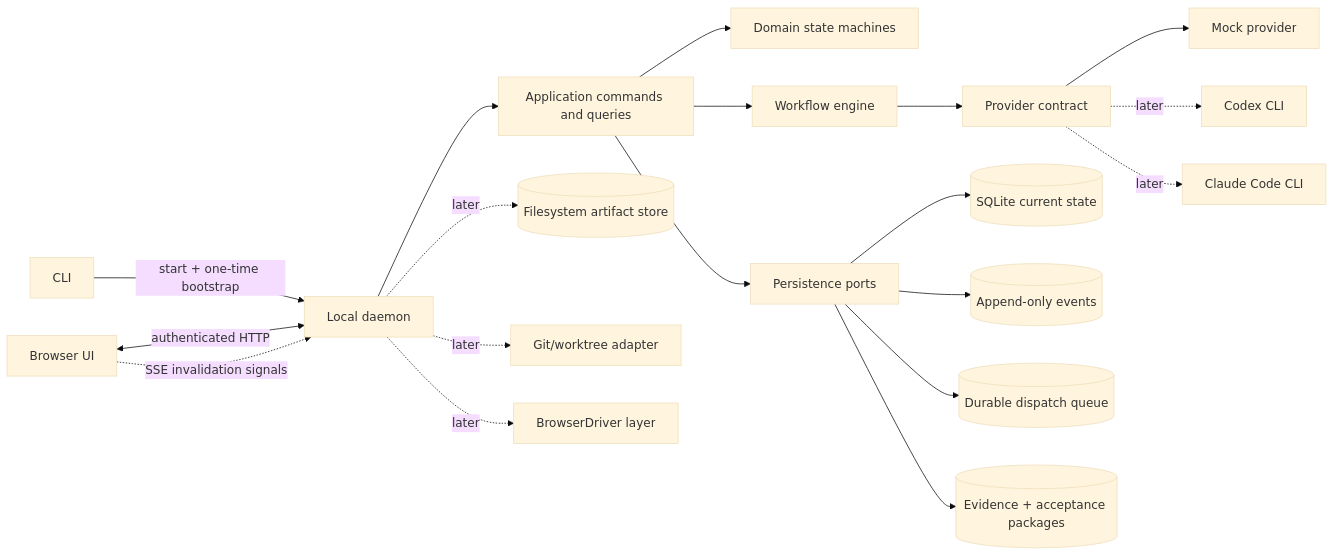
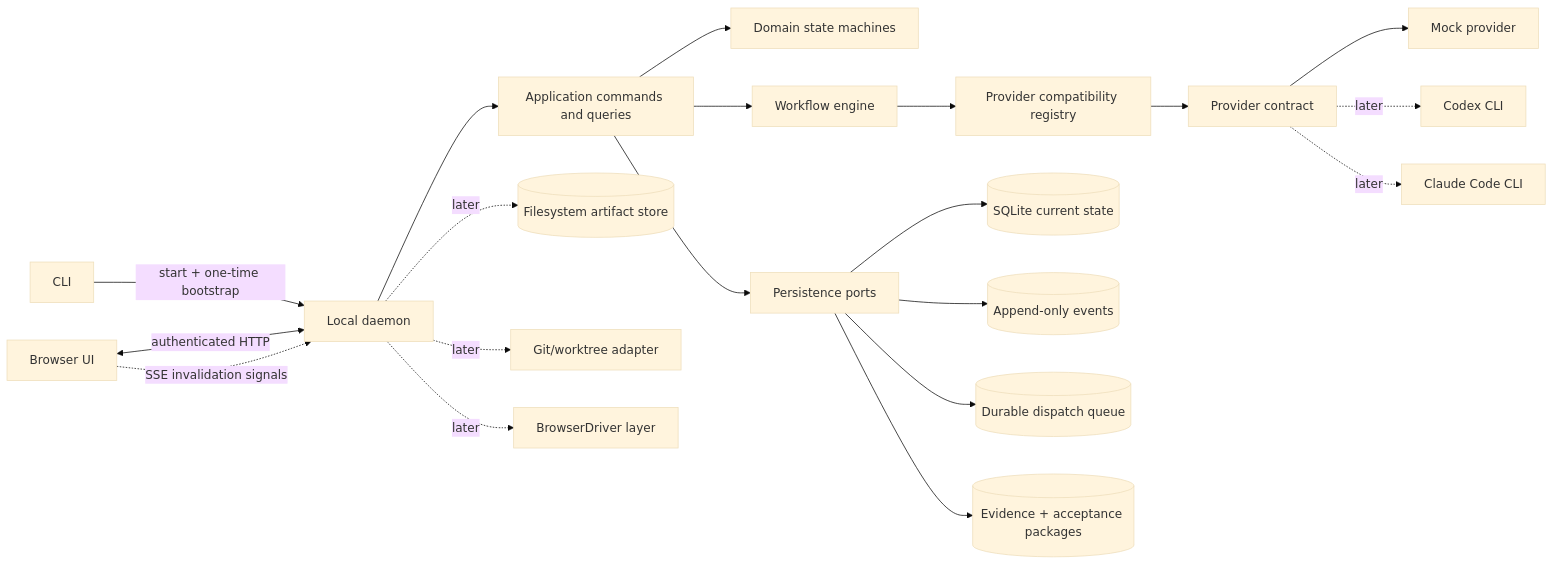
One commit to loomrail/loomrail changed the first of 2 diagrams in docs/architecture/OVERVIEW.md. Above: the diagram before and after it, drawn with Mermaid (base theme). The commit also changed other lines of this file and 43 other files, not shown here.

Commit message:
feat: enforce provider compatibility admission

````diff
--- a/docs/architecture/OVERVIEW.md
+++ b/docs/architecture/OVERVIEW.md
@@ -12,24 +12,25 @@
 ```mermaid
 flowchart LR
     CLI[CLI] -->|start + one-time bootstrap| D[Local daemon]
     UI[Browser UI] <-->|authenticated HTTP| D
     UI -. SSE invalidation signals .-> D
 
     D --> APP[Application commands and queries]
     APP --> DOMAIN[Domain state machines]
     APP --> WF[Workflow engine]
-    WF --> PC[Provider contract]
+    WF --> COMP[Provider compatibility registry]
+    COMP --> PC[Provider contract]
     PC --> MOCK[Mock provider]
     PC -. later .-> CODEX[Codex CLI]
     PC -. later .-> CLAUDE[Claude Code CLI]
 
     APP --> PORT[Persistence ports]
     PORT --> DB[(SQLite current state)]
     PORT --> EVT[(Append-only events)]
     PORT --> QUEUE[(Durable dispatch queue)]
     PORT --> EVIDENCE[(Evidence + acceptance packages)]
 
     D -. later .-> ART[(Filesystem artifact store)]
     D -. later .-> GIT[Git/worktree adapter]
     D -. later .-> BROWSER[BrowserDriver layer]
 ```
````
